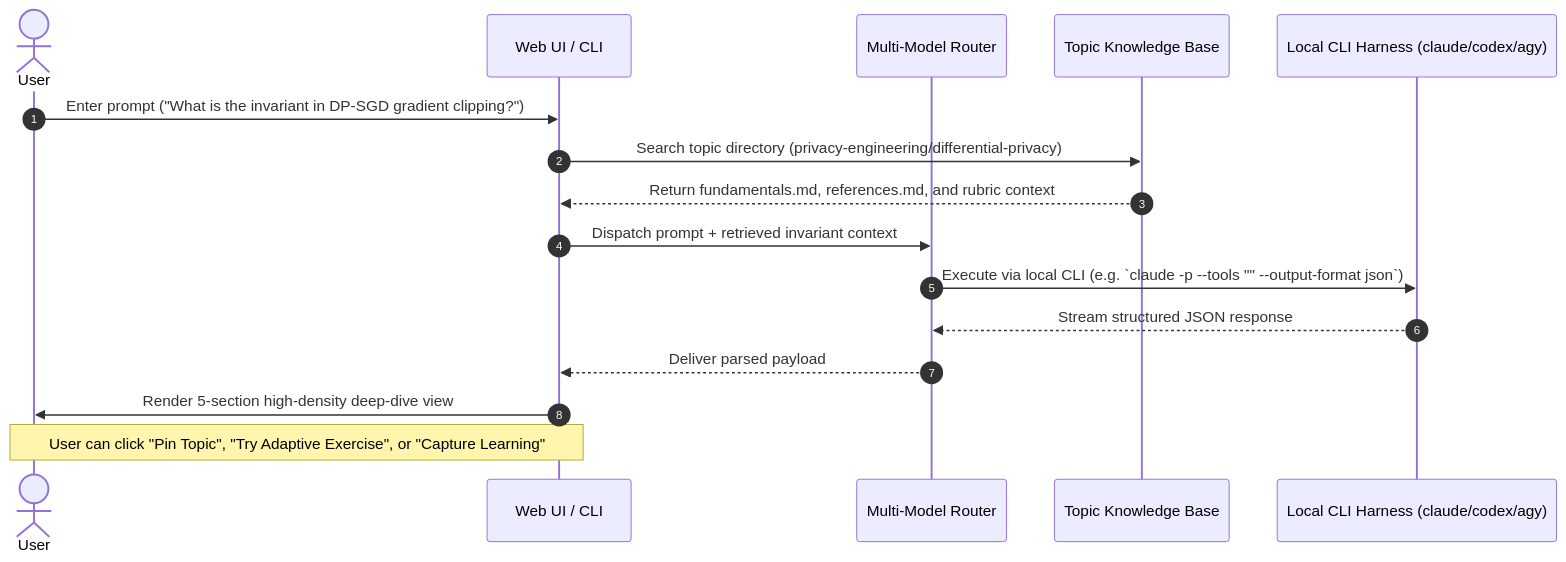
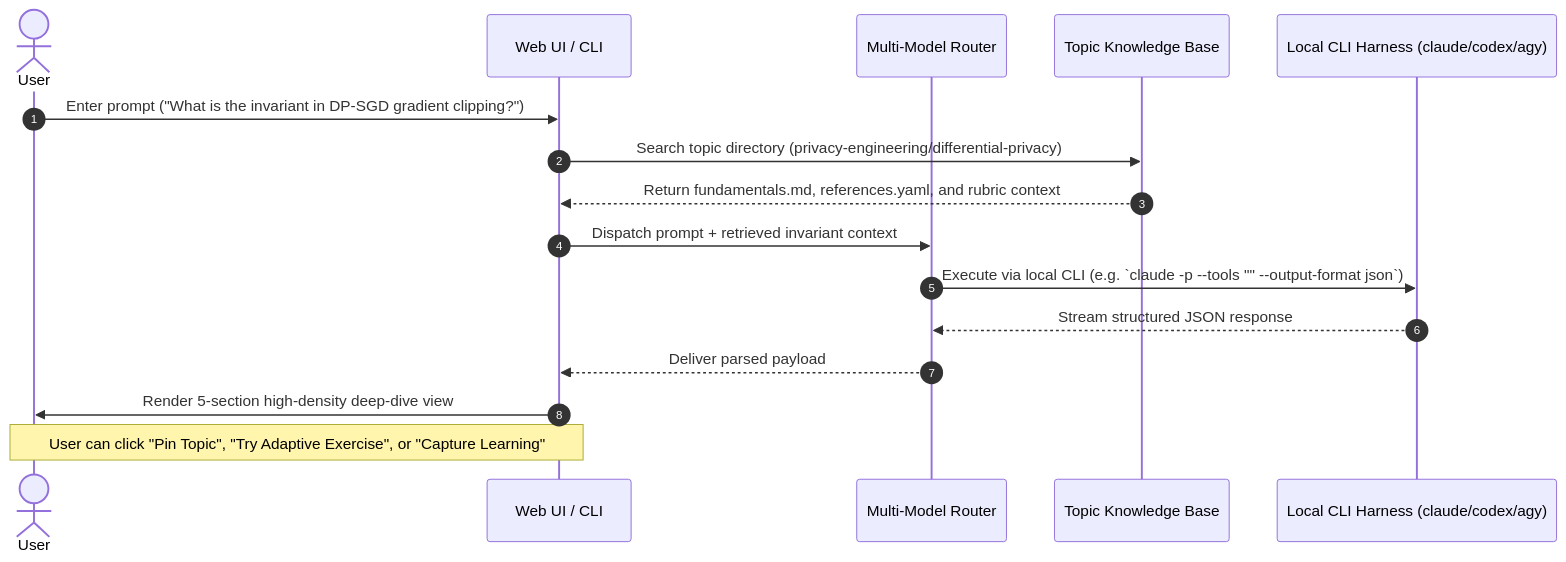
The first of 3 diagrams in docs/ux-spec.md (Savage-Fred/learn), drawn with Mermaid before and after one commit. The commit also changed other lines of this file and 18 other files, not shown here.

Commit message:
docs: finalize architecture, UX specs, and multi-agent review receipts for PR 2

````diff
--- a/docs/ux-spec.md
+++ b/docs/ux-spec.md
@@ -94,19 +94,19 @@
 ```mermaid
 sequenceDiagram
     autonumber
     actor User
     participant UI as Web UI / CLI
     participant Router as Multi-Model Router
     participant Core as Topic Knowledge Base
     participant Harness as Local CLI Harness (claude/codex/agy)
 
     User->>UI: Enter prompt ("What is the invariant in DP-SGD gradient clipping?")
     UI->>Core: Search topic directory (privacy-engineering/differential-privacy)
-    Core-->>UI: Return fundamentals.md, references.md, and rubric context
+    Core-->>UI: Return fundamentals.md, references.yaml, and rubric context
     UI->>Router: Dispatch prompt + retrieved invariant context
     Router->>Harness: Execute via local CLI (e.g. `claude -p --tools "" --output-format json`)
     Harness-->>Router: Stream structured JSON response
     Router-->>UI: Deliver parsed payload
     UI->>User: Render 5-section high-density deep-dive view
     Note over User,UI: User can click "Pin Topic", "Try Adaptive Exercise", or "Capture Learning"
 ```
````
